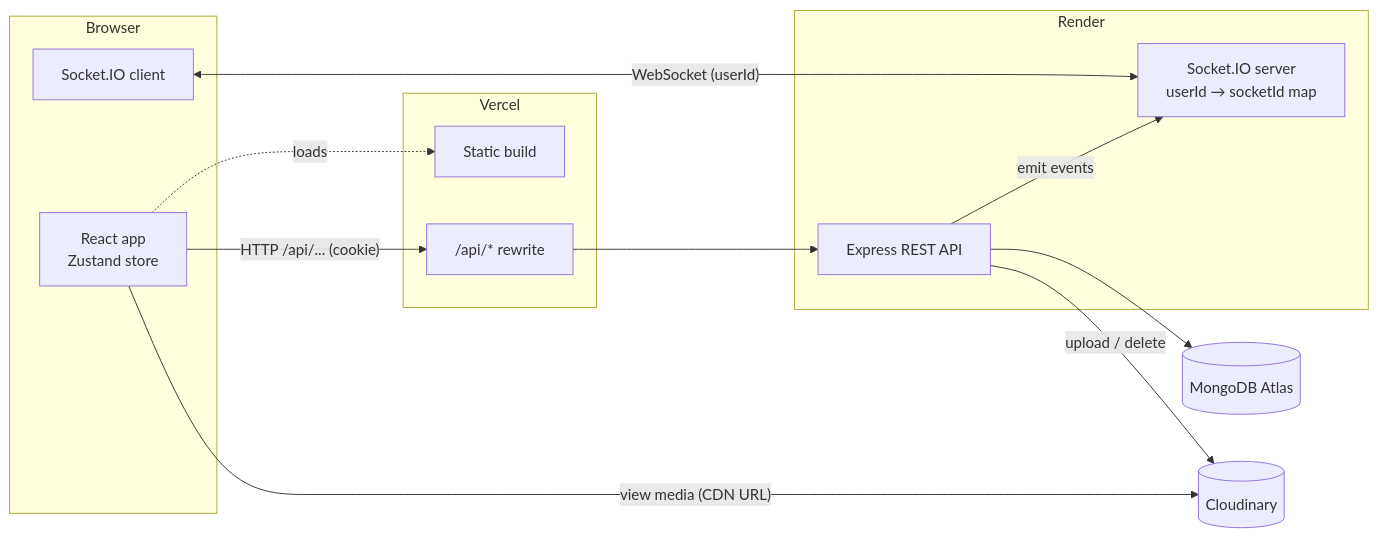
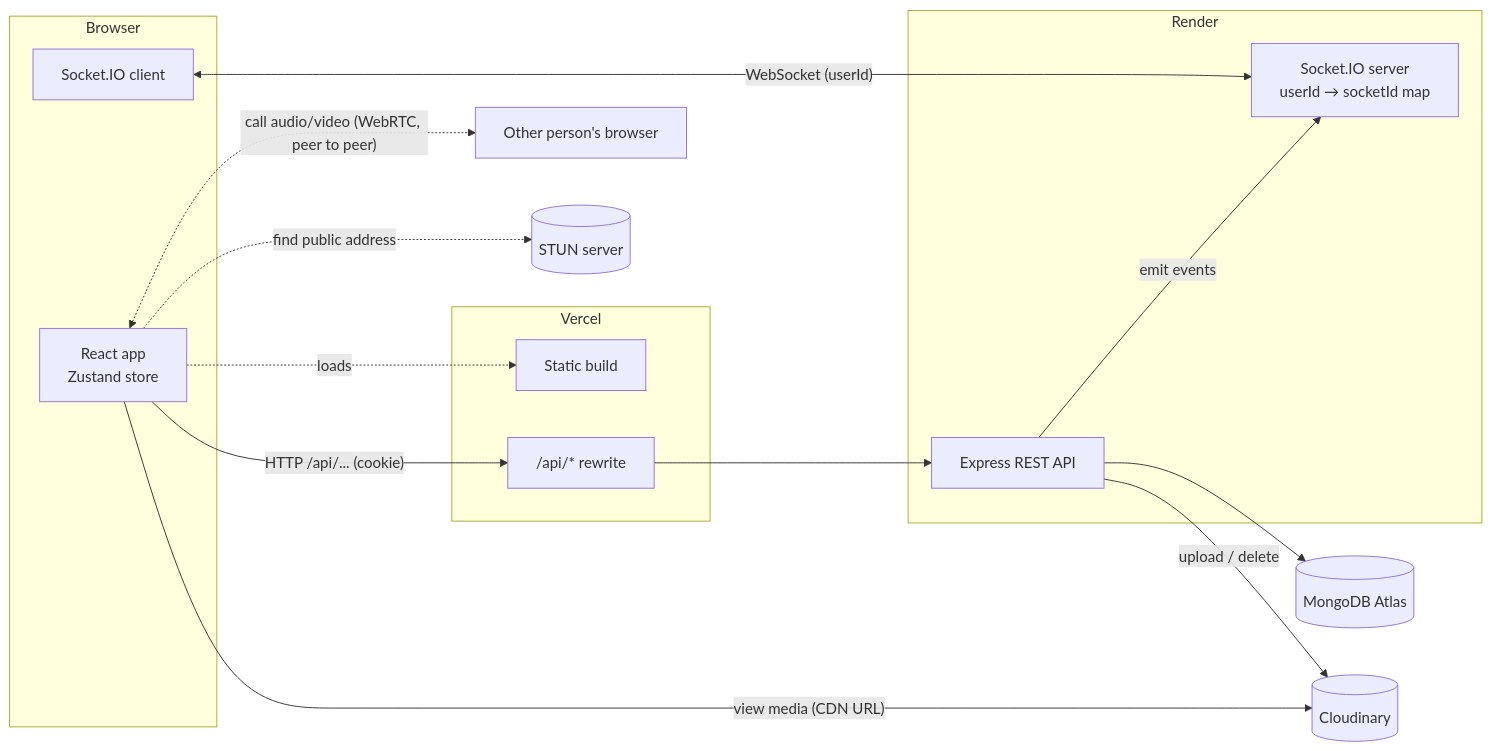
Before and after one commit to Arjun-SN04/NexChat: the first of 5 diagrams in README.md, drawn with Mermaid. The commit also changed other lines of this file and 101 other files, not shown here.

````diff
--- a/README.md
+++ b/README.md
@@ -120,28 +176,30 @@
 ```mermaid
 flowchart LR
     subgraph Browser
         UI[React app<br/>Zustand store]
         SC[Socket.IO client]
     end
 
     subgraph Vercel
         STATIC[Static build]
         PROXY["/api/* rewrite"]
     end
 
     subgraph Render
         API[Express REST API]
         IO[Socket.IO server<br/>userId → socketId map]
     end
 
     DB[(MongoDB Atlas)]
     CDN[(Cloudinary)]
 
     UI -- "HTTP /api/... (cookie)" --> PROXY --> API
     UI -. loads .-> STATIC
     SC <-- "WebSocket (userId)" --> IO
     API --> DB
     API -- "upload / delete" --> CDN
     UI -- "view media (CDN URL)" --> CDN
     API -- "emit events" --> IO
+    UI <-. "call audio/video (WebRTC, peer to peer)" .-> PEER[Other person's browser]
+    UI -. "find public address" .-> STUN[(STUN server)]
 ```
````
